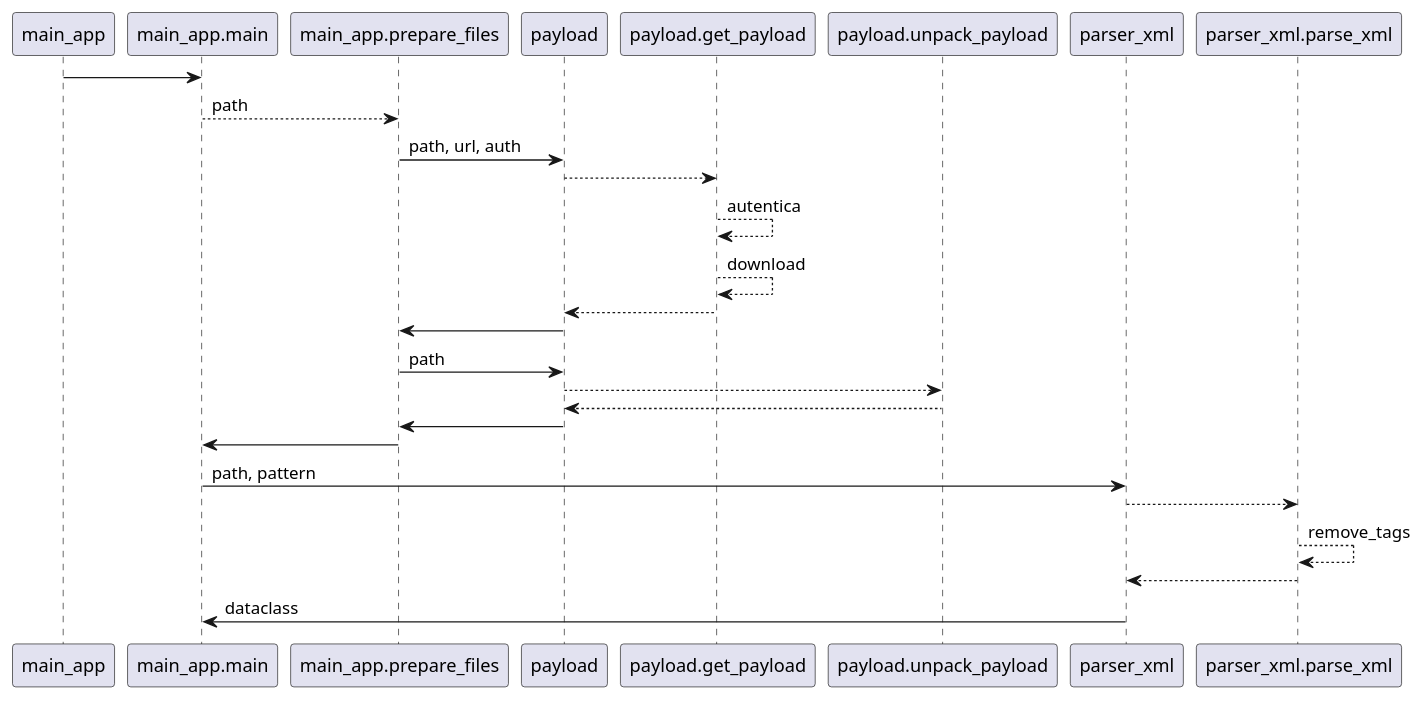
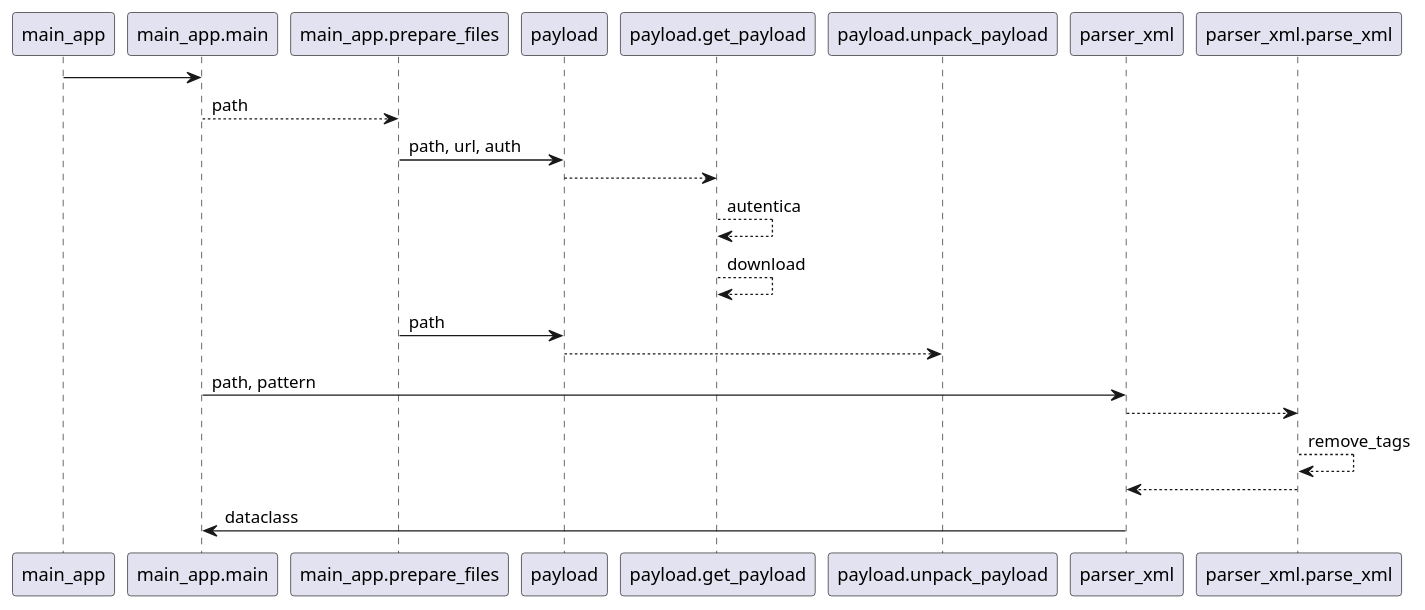
The diagram in diagramas/sequencia0.puml (ralphribeiro/facilita-DOU), drawn with PlantUML before and after one commit.

Commit message:
correção diagrama

```diff
--- a/diagramas/sequencia0.puml
+++ b/diagramas/sequencia0.puml
@@ -1,26 +1,17 @@
 @startuml
 
 main_app -> main_app.main
 main_app.main --> main_app.prepare_files: path
 main_app.prepare_files -> payload: path, url, auth
 payload --> payload.get_payload:
 payload.get_payload --> payload.get_payload: autentica
 payload.get_payload --> payload.get_payload: download
-payload.get_payload --> payload
-payload -> main_app.prepare_files
 main_app.prepare_files -> payload: path
 payload --> payload.unpack_payload
-payload.unpack_payload --> payload
-payload -> main_app.prepare_files
-main_app.prepare_files -> main_app.main
 main_app.main -> parser_xml: path, pattern
 parser_xml --> parser_xml.parse_xml
 parser_xml.parse_xml --> parser_xml.parse_xml: remove_tags
 parser_xml.parse_xml --> parser_xml
 parser_xml -> main_app.main: dataclass
 
-' main_app -> main_app.main: padrao
-
-
-
 @enduml
```
